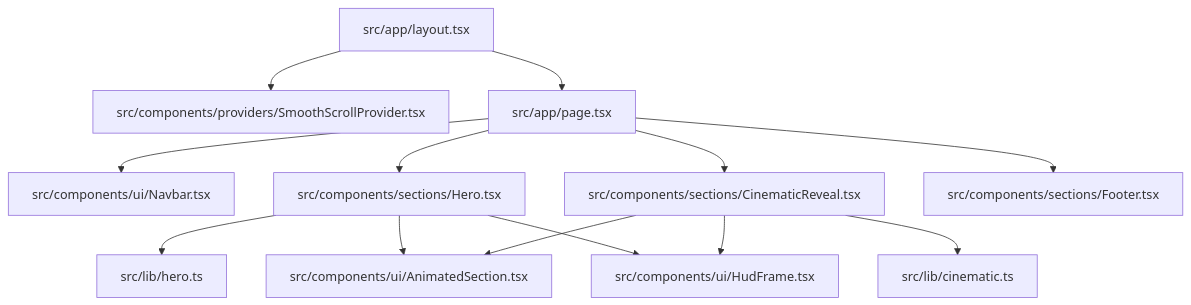
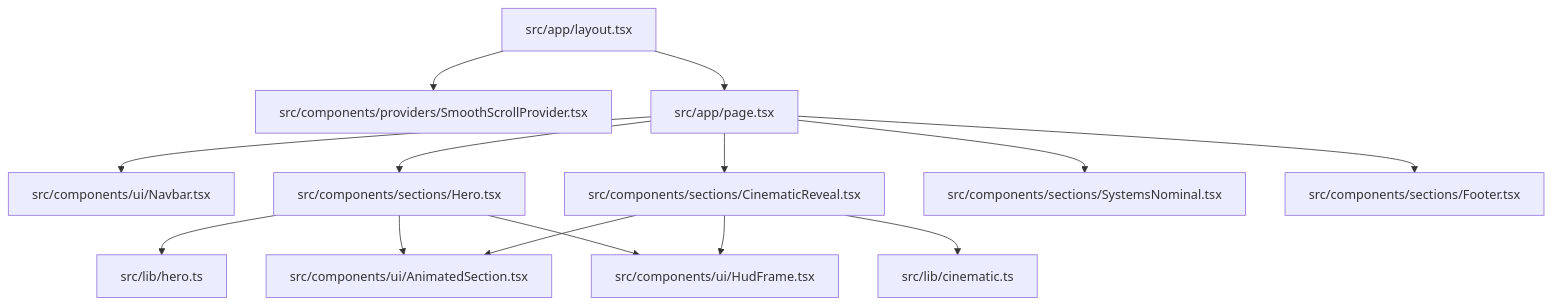
The first of 11 diagrams in .qoder/repowiki/en/content/Development Guidelines/Development Guidelines.md (webwhizzcom-ctrl/JARVIS.website), drawn with Mermaid before and after one commit. The commit also changed other lines of this file and 15 other files, not shown here.

````diff
--- a/.qoder/repowiki/en/content/Development Guidelines/Development Guidelines.md
+++ b/.qoder/repowiki/en/content/Development Guidelines/Development Guidelines.md
@@ -49,15 +58,16 @@
 ```mermaid
 graph TB
 A["src/app/layout.tsx"] --> B["src/components/providers/SmoothScrollProvider.tsx"]
 A --> C["src/app/page.tsx"]
 C --> D["src/components/ui/Navbar.tsx"]
 C --> E["src/components/sections/Hero.tsx"]
 C --> F["src/components/sections/CinematicReveal.tsx"]
-C --> G["src/components/sections/Footer.tsx"]
-E --> H["src/lib/hero.ts"]
-F --> I["src/lib/cinematic.ts"]
-E --> J["src/components/ui/AnimatedSection.tsx"]
-F --> J
-E --> K["src/components/ui/HudFrame.tsx"]
+C --> G["src/components/sections/SystemsNominal.tsx"]
+C --> H["src/components/sections/Footer.tsx"]
+E --> I["src/lib/hero.ts"]
+F --> J["src/lib/cinematic.ts"]
+E --> K["src/components/ui/AnimatedSection.tsx"]
 F --> K
+E --> L["src/components/ui/HudFrame.tsx"]
+F --> L
 ```
````
